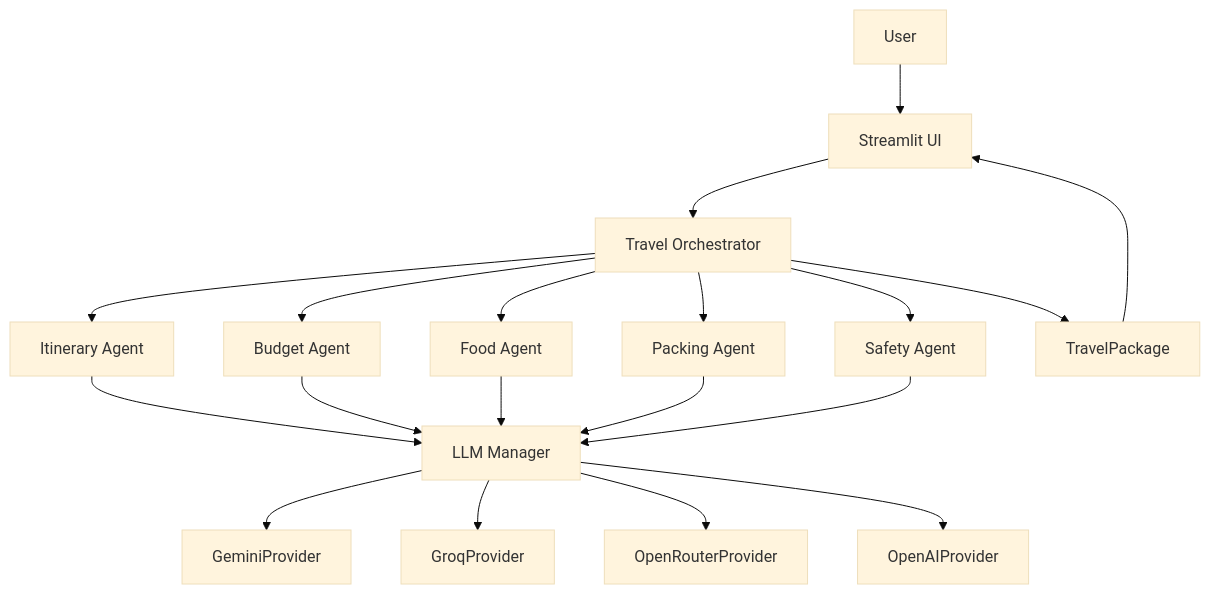
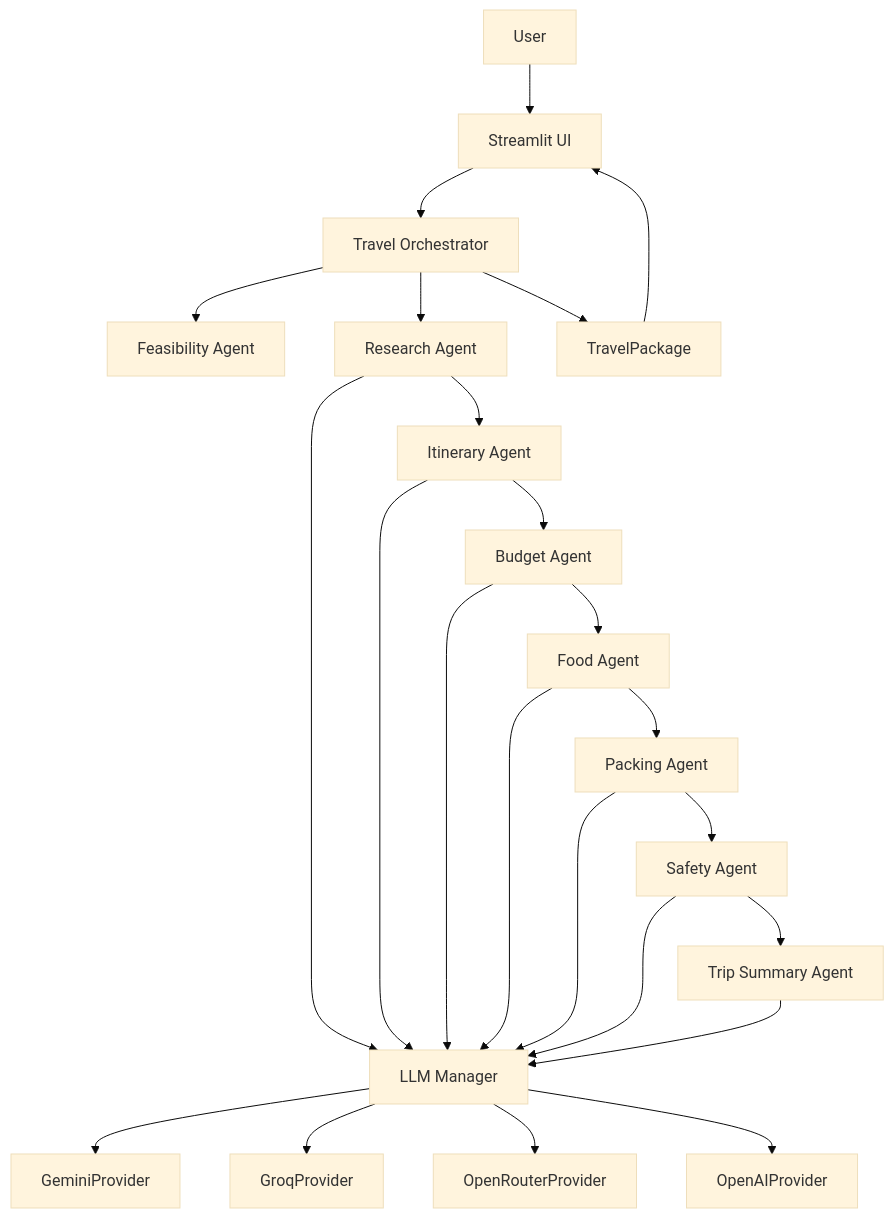
Before and after one commit to TheyjakshayaSambathraj/travel_planner: the diagram in README.md, drawn with Mermaid (base theme). The commit also changed other lines of this file and 23 other files, not shown here.

Commit message:
Enhance TripMind AI with intelligent travel planning, analytics, and trip management

````diff
--- a/README.md
+++ b/README.md
@@ -31,21 +36,26 @@
 ```mermaid
 flowchart TD
     U[User] --> UI[Streamlit UI]
     UI --> O[Travel Orchestrator]
-    O --> I[Itinerary Agent]
-    O --> B[Budget Agent]
-    O --> F[Food Agent]
-    O --> P[Packing Agent]
-    O --> S[Safety Agent]
-    I --> M[LLM Manager]
+    O --> X[Feasibility Agent]
+    O --> R[Research Agent]
+    R --> I[Itinerary Agent]
+    I --> B[Budget Agent]
+    B --> F[Food Agent]
+    F --> P[Packing Agent]
+    P --> S[Safety Agent]
+    S --> T[Trip Summary Agent]
+    R --> M[LLM Manager]
+    I --> M
     B --> M
     F --> M
     P --> M
     S --> M
+    T --> M
     M --> P1[GeminiProvider]
     M --> P2[GroqProvider]
     M --> P3[OpenRouterProvider]
     M --> P4[OpenAIProvider]
-    O --> T[TravelPackage]
-    T --> UI
+    O --> X1[TravelPackage]
+    X1 --> UI
 ```
````
